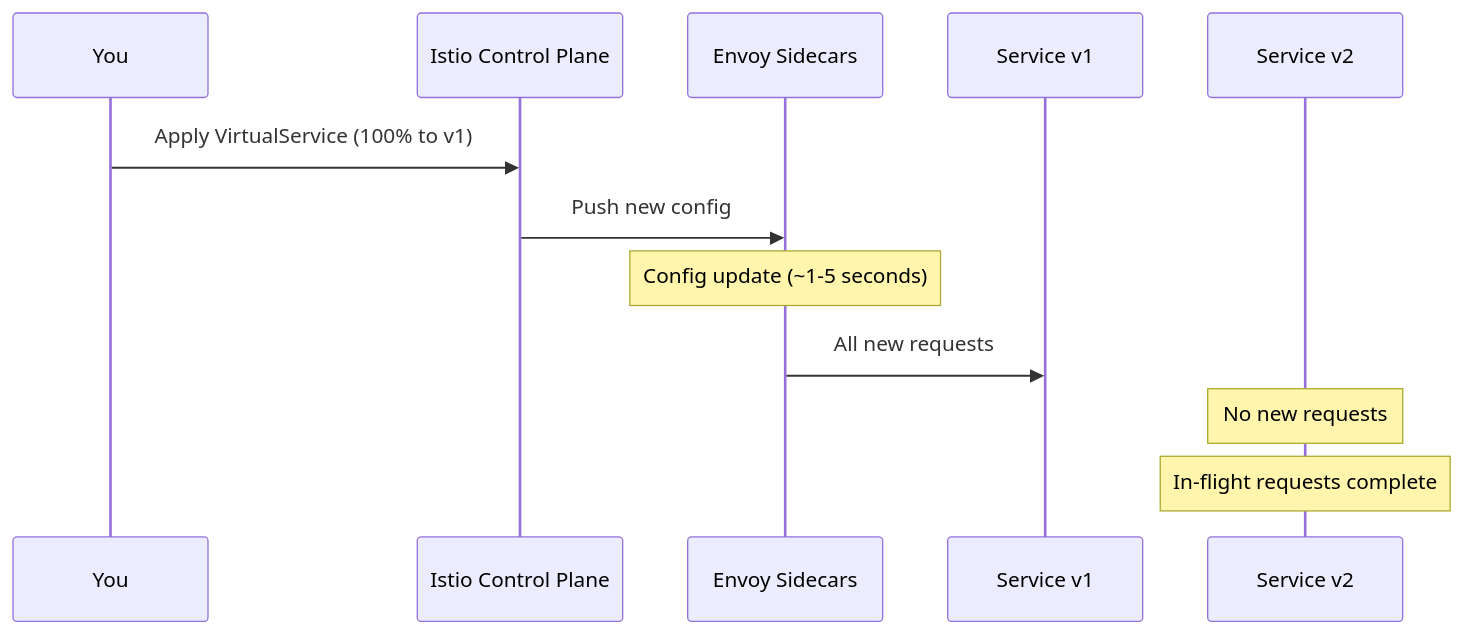
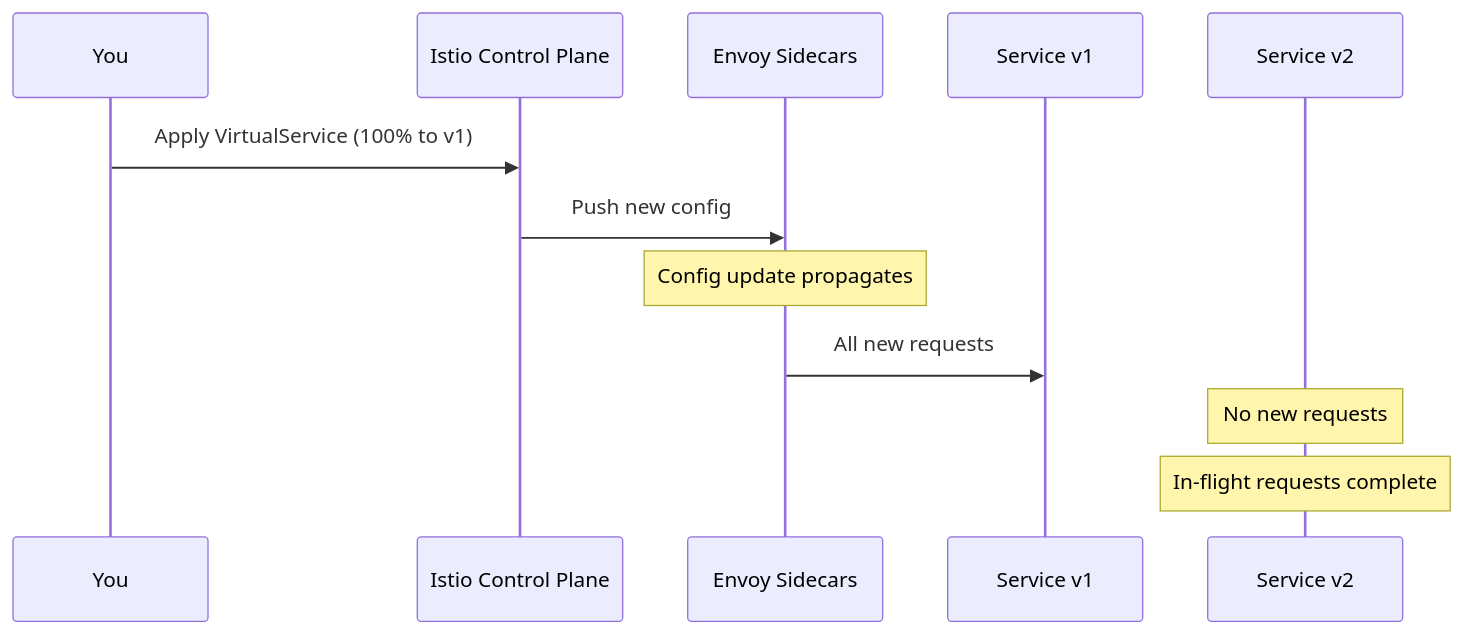
Before and after one commit to OneUptime/blog: the diagram in posts/2026-02-24-how-to-roll-back-traffic-shifting-in-istio/README.md, drawn with Mermaid. The commit also changed other lines of this file and 2 other files, not shown here.

````diff
--- a/posts/2026-02-24-how-to-roll-back-traffic-shifting-in-istio/README.md
+++ b/posts/2026-02-24-how-to-roll-back-traffic-shifting-in-istio/README.md
@@ -57,14 +57,14 @@
 ```mermaid
 sequenceDiagram
     participant You
     participant Istio Control Plane
     participant Envoy Sidecars
     participant Service v1
     participant Service v2
     You->>Istio Control Plane: Apply VirtualService (100% to v1)
     Istio Control Plane->>Envoy Sidecars: Push new config
-    Note over Envoy Sidecars: Config update (~1-5 seconds)
+    Note over Envoy Sidecars: Config update propagates
     Envoy Sidecars->>Service v1: All new requests
     Note over Service v2: No new requests
     Note over Service v2: In-flight requests complete
 ```
````
